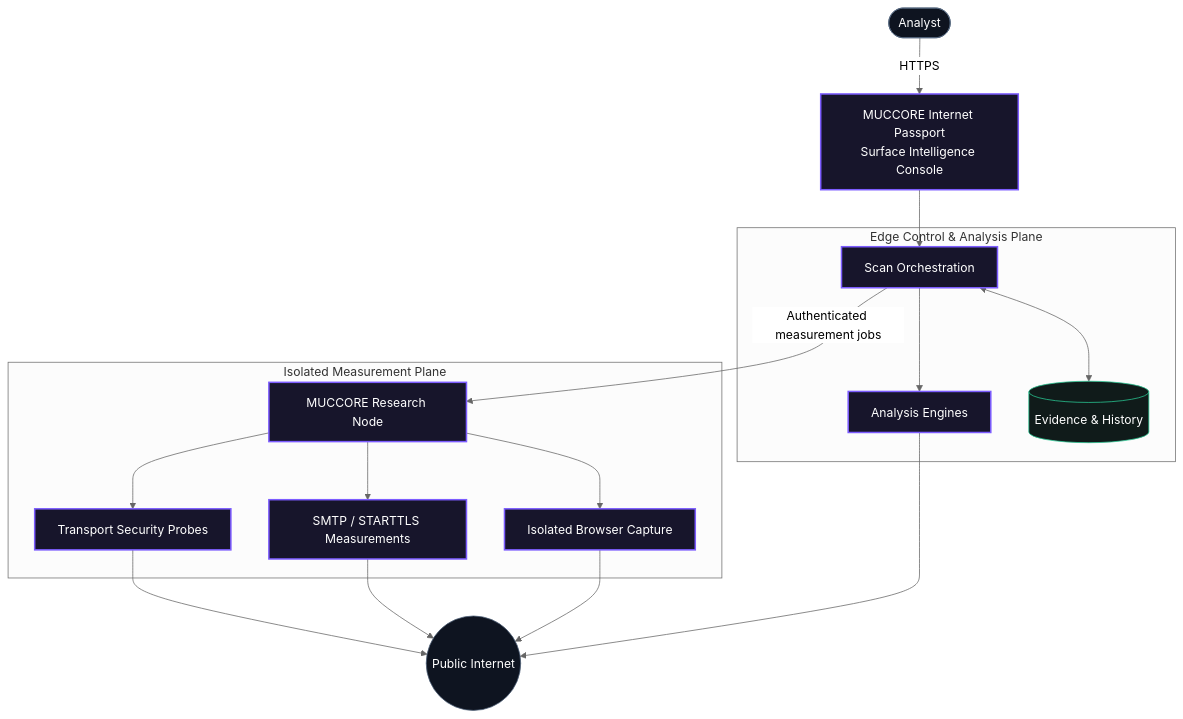
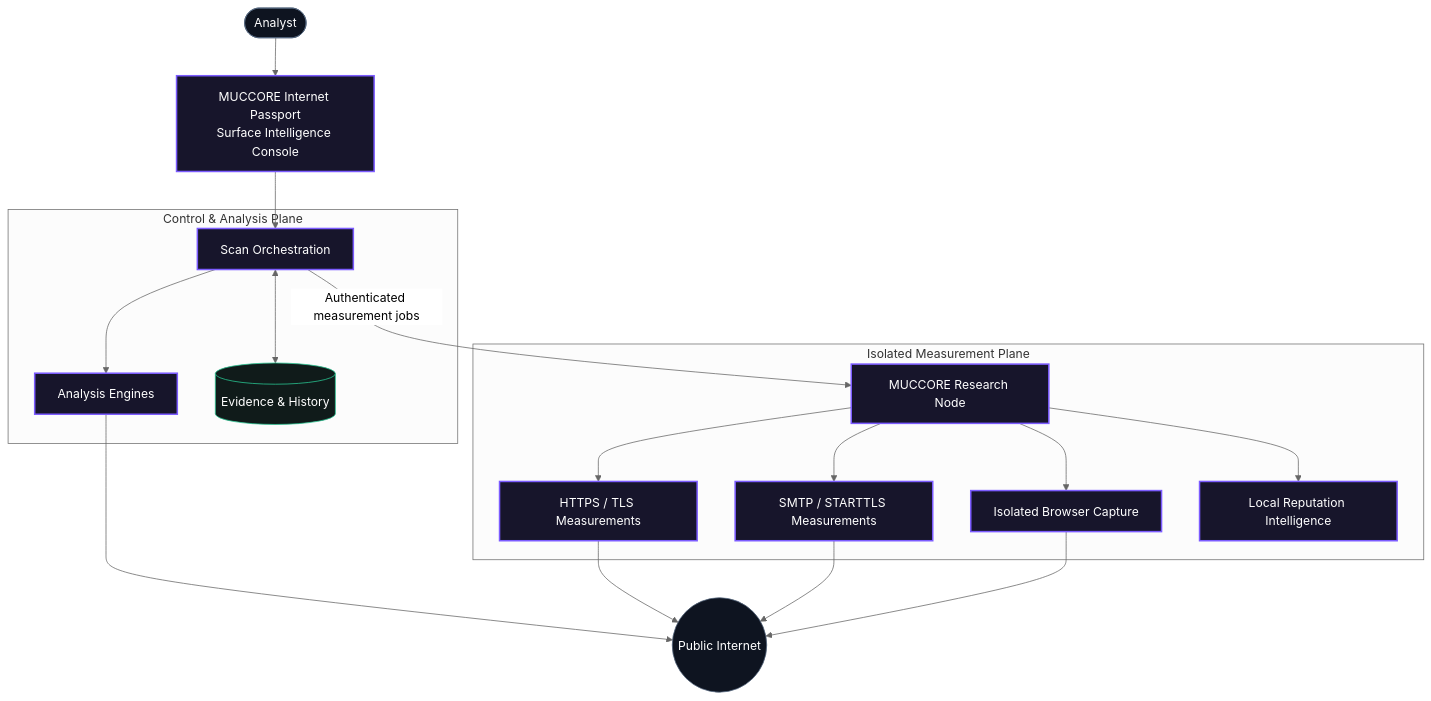
Before and after one commit to mchdIron/muccore-internet-passport: the second of 2 diagrams in README.md, drawn with Mermaid (neutral theme). The commit also changed other lines of this file, not shown here.

Commit message:
docs: update public README for current platform capabilities

````diff
--- a/README.md
+++ b/README.md
@@ -67,37 +82,38 @@
 ```mermaid
 flowchart TB
-    U([Analyst]) -->|HTTPS| UI["MUCCORE Internet Passport<br/>Surface Intelligence Console"]
+    U([Analyst]) --> UI["MUCCORE Internet Passport<br/>Surface Intelligence Console"]
 
-    subgraph CP["Edge Control & Analysis Plane"]
+    subgraph CP["Control & Analysis Plane"]
         O["Scan Orchestration"]
         A["Analysis Engines"]
         S[("Evidence & History")]
         O --> A
         O <--> S
     end
 
-    UI --> O
-
     subgraph MP["Isolated Measurement Plane"]
         N["MUCCORE Research Node"]
-        TP["Transport Security Probes"]
+        TP["HTTPS / TLS Measurements"]
         SP["SMTP / STARTTLS Measurements"]
         BP["Isolated Browser Capture"]
+        RP["Local Reputation Intelligence"]
         N --> TP
         N --> SP
         N --> BP
+        N --> RP
     end
 
+    UI --> O
     O -->|"Authenticated measurement jobs"| N
-    TP --> NET((Public Internet))
+    A --> NET((Public Internet))
+    TP --> NET
     SP --> NET
     BP --> NET
-    A --> NET
 
     classDef edge fill:#17152b,stroke:#7c5cff,color:#fff,stroke-width:2px;
     classDef plane fill:#0e1420,stroke:#53657d,color:#fff;
     classDef data fill:#101b1a,stroke:#29c995,color:#fff;
-    class UI,O,A,N,TP,SP,BP edge;
+    class UI,O,A,N,TP,SP,BP,RP edge;
     class U,NET plane;
     class S data;
 ```
````
